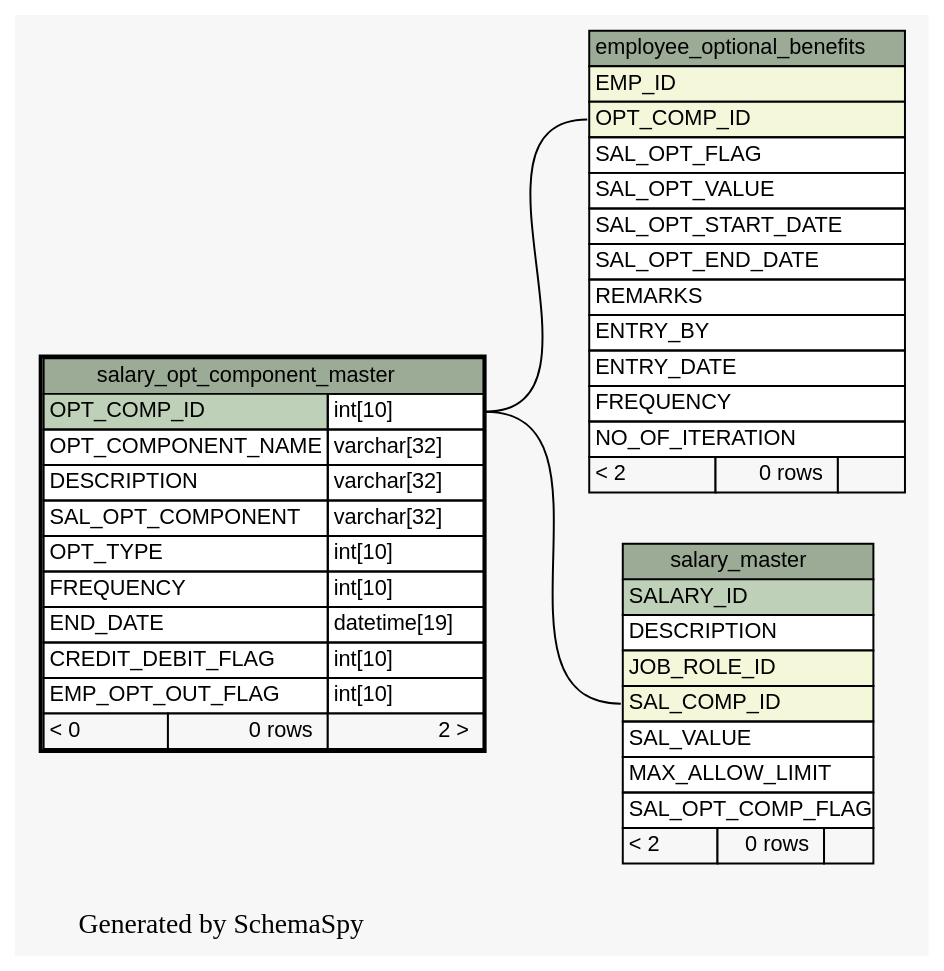
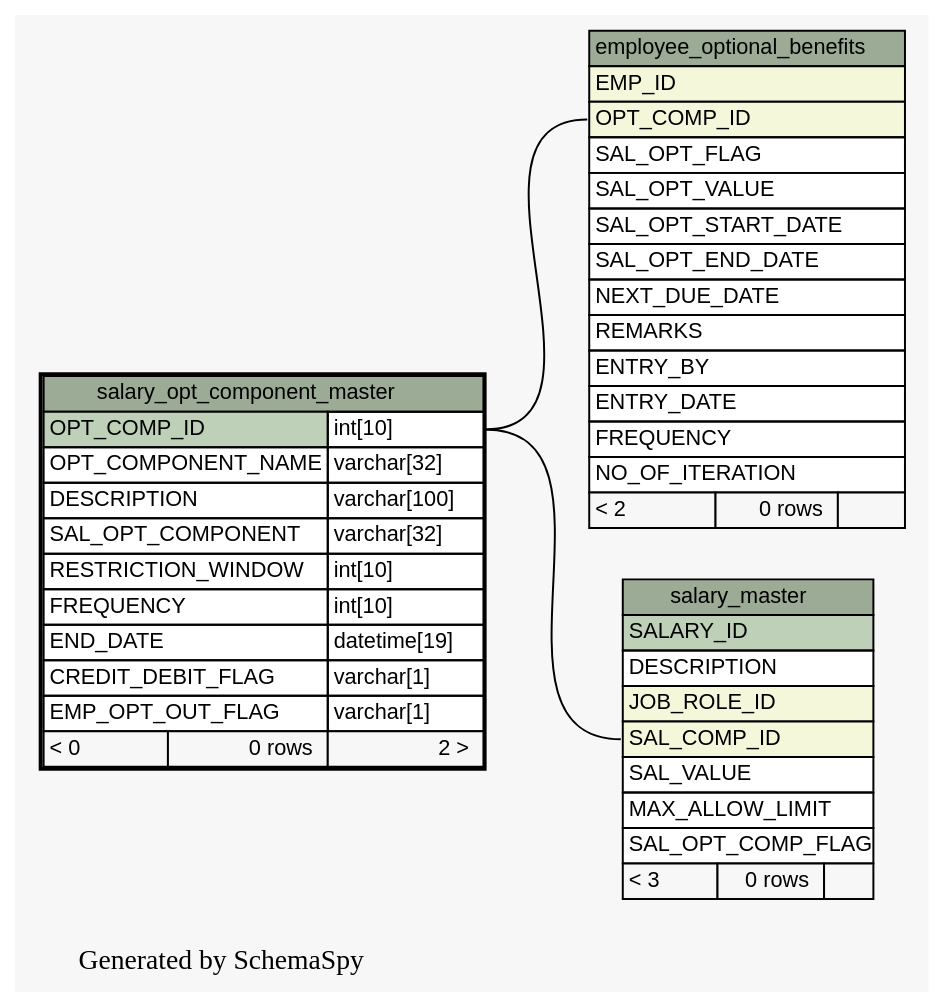
One commit to engineerscraft/hrms changed the diagram in docs/database/schemaspy/graphs/salary_opt_component_master.1degree.dot. Above: the diagram before and after it, drawn with Graphviz. The commit also changed 178 other files, not shown here.

```diff
--- a/docs/database/schemaspy/graphs/salary_opt_component_master.1degree.dot
+++ b/docs/database/schemaspy/graphs/salary_opt_component_master.1degree.dot
@@ -1,73 +1,74 @@
 // dot 2.38.0 on Windows 7 6.1
 digraph "oneDegreeRelationshipsGraph" {
   graph [
     rankdir="RL"
     bgcolor="#f7f7f7"
     label="\nGenerated by SchemaSpy"
     labeljust="l"
   ];
   node [
     fontname="Helvetica"
     fontsize="11"
     shape="plaintext"
   ];
   edge [
     arrowsize="0.8"
   ];
   "employee_optional_benefits":"OPT_COMP_ID":w -> "salary_opt_component_master":"OPT_COMP_ID.type":e [arrowtail=crowodot arrowhead=none];
-  "salary_master":"SAL_COMP_ID":w -> "salary_opt_component_master":"OPT_COMP_ID.type":e [arrowtail=crowodot arrowhead=none];
+  "salary_master":"SAL_COMP_ID":w -> "salary_opt_component_master":"OPT_COMP_ID.type":e [arrowtail=crowtee arrowhead=none];
   "employee_optional_benefits" [
     label=<
     <TABLE BORDER="0" CELLBORDER="1" CELLSPACING="0" BGCOLOR="#ffffff">
       <TR><TD PORT="employee_optional_benefits.heading" COLSPAN="3" BGCOLOR="#9bab96" ALIGN="CENTER">employee_optional_benefits</TD></TR>
       <TR><TD PORT="EMP_ID" COLSPAN="3" BGCOLOR="#f4f7da" ALIGN="LEFT">EMP_ID</TD></TR>
       <TR><TD PORT="OPT_COMP_ID" COLSPAN="3" BGCOLOR="#f4f7da" ALIGN="LEFT">OPT_COMP_ID</TD></TR>
       <TR><TD PORT="SAL_OPT_FLAG" COLSPAN="3" ALIGN="LEFT">SAL_OPT_FLAG</TD></TR>
       <TR><TD PORT="SAL_OPT_VALUE" COLSPAN="3" ALIGN="LEFT">SAL_OPT_VALUE</TD></TR>
       <TR><TD PORT="SAL_OPT_START_DATE" COLSPAN="3" ALIGN="LEFT">SAL_OPT_START_DATE</TD></TR>
       <TR><TD PORT="SAL_OPT_END_DATE" COLSPAN="3" ALIGN="LEFT">SAL_OPT_END_DATE</TD></TR>
+      <TR><TD PORT="NEXT_DUE_DATE" COLSPAN="3" ALIGN="LEFT">NEXT_DUE_DATE</TD></TR>
       <TR><TD PORT="REMARKS" COLSPAN="3" ALIGN="LEFT">REMARKS</TD></TR>
       <TR><TD PORT="ENTRY_BY" COLSPAN="3" ALIGN="LEFT">ENTRY_BY</TD></TR>
       <TR><TD PORT="ENTRY_DATE" COLSPAN="3" ALIGN="LEFT">ENTRY_DATE</TD></TR>
       <TR><TD PORT="FREQUENCY" COLSPAN="3" ALIGN="LEFT">FREQUENCY</TD></TR>
       <TR><TD PORT="NO_OF_ITERATION" COLSPAN="3" ALIGN="LEFT">NO_OF_ITERATION</TD></TR>
       <TR><TD ALIGN="LEFT" BGCOLOR="#f7f7f7">&lt; 2</TD><TD ALIGN="RIGHT" BGCOLOR="#f7f7f7">0 rows</TD><TD ALIGN="RIGHT" BGCOLOR="#f7f7f7">  </TD></TR>
     </TABLE>>
     URL="employee_optional_benefits.html#graph"
     tooltip="employee_optional_benefits"
   ];
   "salary_master" [
     label=<
     <TABLE BORDER="0" CELLBORDER="1" CELLSPACING="0" BGCOLOR="#ffffff">
       <TR><TD PORT="salary_master.heading" COLSPAN="3" BGCOLOR="#9bab96" ALIGN="CENTER">salary_master</TD></TR>
       <TR><TD PORT="SALARY_ID" COLSPAN="3" BGCOLOR="#bed1b8" ALIGN="LEFT">SALARY_ID</TD></TR>
       <TR><TD PORT="DESCRIPTION" COLSPAN="3" ALIGN="LEFT">DESCRIPTION</TD></TR>
       <TR><TD PORT="JOB_ROLE_ID" COLSPAN="3" BGCOLOR="#f4f7da" ALIGN="LEFT">JOB_ROLE_ID</TD></TR>
       <TR><TD PORT="SAL_COMP_ID" COLSPAN="3" BGCOLOR="#f4f7da" ALIGN="LEFT">SAL_COMP_ID</TD></TR>
       <TR><TD PORT="SAL_VALUE" COLSPAN="3" ALIGN="LEFT">SAL_VALUE</TD></TR>
       <TR><TD PORT="MAX_ALLOW_LIMIT" COLSPAN="3" ALIGN="LEFT">MAX_ALLOW_LIMIT</TD></TR>
       <TR><TD PORT="SAL_OPT_COMP_FLAG" COLSPAN="3" ALIGN="LEFT">SAL_OPT_COMP_FLAG</TD></TR>
-      <TR><TD ALIGN="LEFT" BGCOLOR="#f7f7f7">&lt; 2</TD><TD ALIGN="RIGHT" BGCOLOR="#f7f7f7">0 rows</TD><TD ALIGN="RIGHT" BGCOLOR="#f7f7f7">  </TD></TR>
+      <TR><TD ALIGN="LEFT" BGCOLOR="#f7f7f7">&lt; 3</TD><TD ALIGN="RIGHT" BGCOLOR="#f7f7f7">0 rows</TD><TD ALIGN="RIGHT" BGCOLOR="#f7f7f7">  </TD></TR>
     </TABLE>>
     URL="salary_master.html#graph"
     tooltip="salary_master"
   ];
   "salary_opt_component_master" [
     label=<
     <TABLE BORDER="2" CELLBORDER="1" CELLSPACING="0" BGCOLOR="#ffffff">
       <TR><TD PORT="salary_opt_component_master.heading" COLSPAN="3" BGCOLOR="#9bab96" ALIGN="CENTER">salary_opt_component_master</TD></TR>
       <TR><TD PORT="OPT_COMP_ID" COLSPAN="2" BGCOLOR="#bed1b8" ALIGN="LEFT">OPT_COMP_ID</TD><TD PORT="OPT_COMP_ID.type" ALIGN="LEFT">int[10]</TD></TR>
       <TR><TD PORT="OPT_COMPONENT_NAME" COLSPAN="2" ALIGN="LEFT">OPT_COMPONENT_NAME</TD><TD PORT="OPT_COMPONENT_NAME.type" ALIGN="LEFT">varchar[32]</TD></TR>
-      <TR><TD PORT="DESCRIPTION" COLSPAN="2" ALIGN="LEFT">DESCRIPTION</TD><TD PORT="DESCRIPTION.type" ALIGN="LEFT">varchar[32]</TD></TR>
+      <TR><TD PORT="DESCRIPTION" COLSPAN="2" ALIGN="LEFT">DESCRIPTION</TD><TD PORT="DESCRIPTION.type" ALIGN="LEFT">varchar[100]</TD></TR>
       <TR><TD PORT="SAL_OPT_COMPONENT" COLSPAN="2" ALIGN="LEFT">SAL_OPT_COMPONENT</TD><TD PORT="SAL_OPT_COMPONENT.type" ALIGN="LEFT">varchar[32]</TD></TR>
-      <TR><TD PORT="OPT_TYPE" COLSPAN="2" ALIGN="LEFT">OPT_TYPE</TD><TD PORT="OPT_TYPE.type" ALIGN="LEFT">int[10]</TD></TR>
+      <TR><TD PORT="RESTRICTION_WINDOW" COLSPAN="2" ALIGN="LEFT">RESTRICTION_WINDOW</TD><TD PORT="RESTRICTION_WINDOW.type" ALIGN="LEFT">int[10]</TD></TR>
       <TR><TD PORT="FREQUENCY" COLSPAN="2" ALIGN="LEFT">FREQUENCY</TD><TD PORT="FREQUENCY.type" ALIGN="LEFT">int[10]</TD></TR>
       <TR><TD PORT="END_DATE" COLSPAN="2" ALIGN="LEFT">END_DATE</TD><TD PORT="END_DATE.type" ALIGN="LEFT">datetime[19]</TD></TR>
-      <TR><TD PORT="CREDIT_DEBIT_FLAG" COLSPAN="2" ALIGN="LEFT">CREDIT_DEBIT_FLAG</TD><TD PORT="CREDIT_DEBIT_FLAG.type" ALIGN="LEFT">int[10]</TD></TR>
-      <TR><TD PORT="EMP_OPT_OUT_FLAG" COLSPAN="2" ALIGN="LEFT">EMP_OPT_OUT_FLAG</TD><TD PORT="EMP_OPT_OUT_FLAG.type" ALIGN="LEFT">int[10]</TD></TR>
+      <TR><TD PORT="CREDIT_DEBIT_FLAG" COLSPAN="2" ALIGN="LEFT">CREDIT_DEBIT_FLAG</TD><TD PORT="CREDIT_DEBIT_FLAG.type" ALIGN="LEFT">varchar[1]</TD></TR>
+      <TR><TD PORT="EMP_OPT_OUT_FLAG" COLSPAN="2" ALIGN="LEFT">EMP_OPT_OUT_FLAG</TD><TD PORT="EMP_OPT_OUT_FLAG.type" ALIGN="LEFT">varchar[1]</TD></TR>
       <TR><TD ALIGN="LEFT" BGCOLOR="#f7f7f7">&lt; 0</TD><TD ALIGN="RIGHT" BGCOLOR="#f7f7f7">0 rows</TD><TD ALIGN="RIGHT" BGCOLOR="#f7f7f7">2 &gt;</TD></TR>
     </TABLE>>
     URL="salary_opt_component_master.html#"
     tooltip="salary_opt_component_master"
   ];
 }
```
